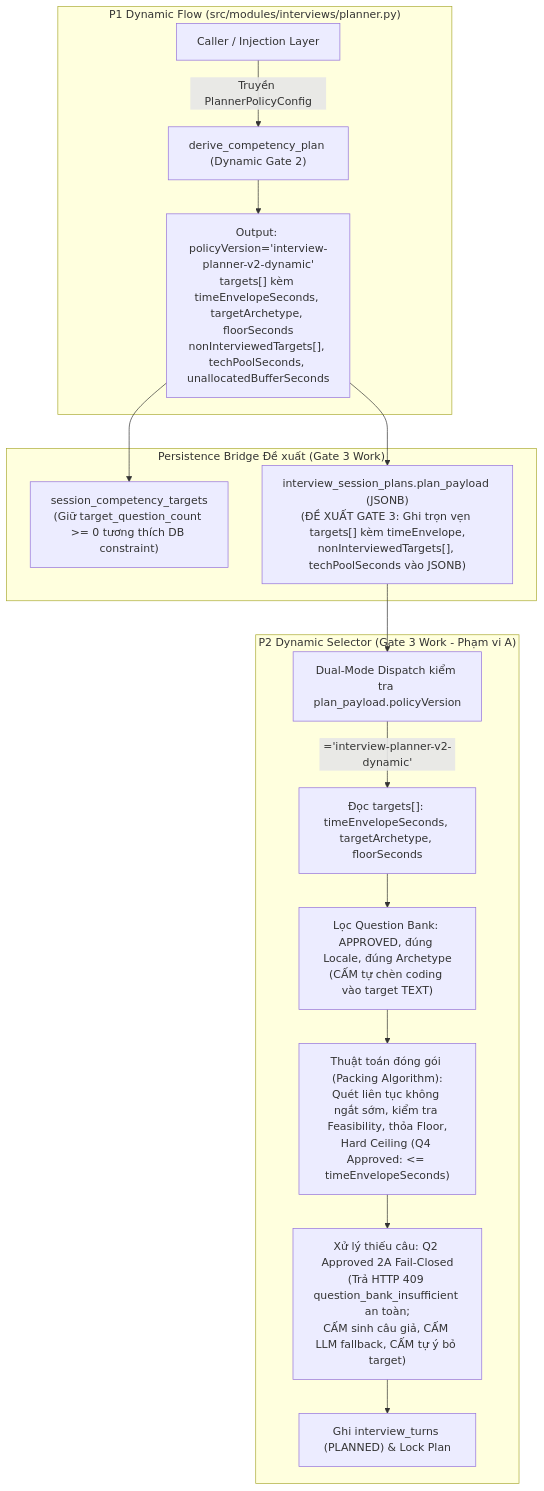
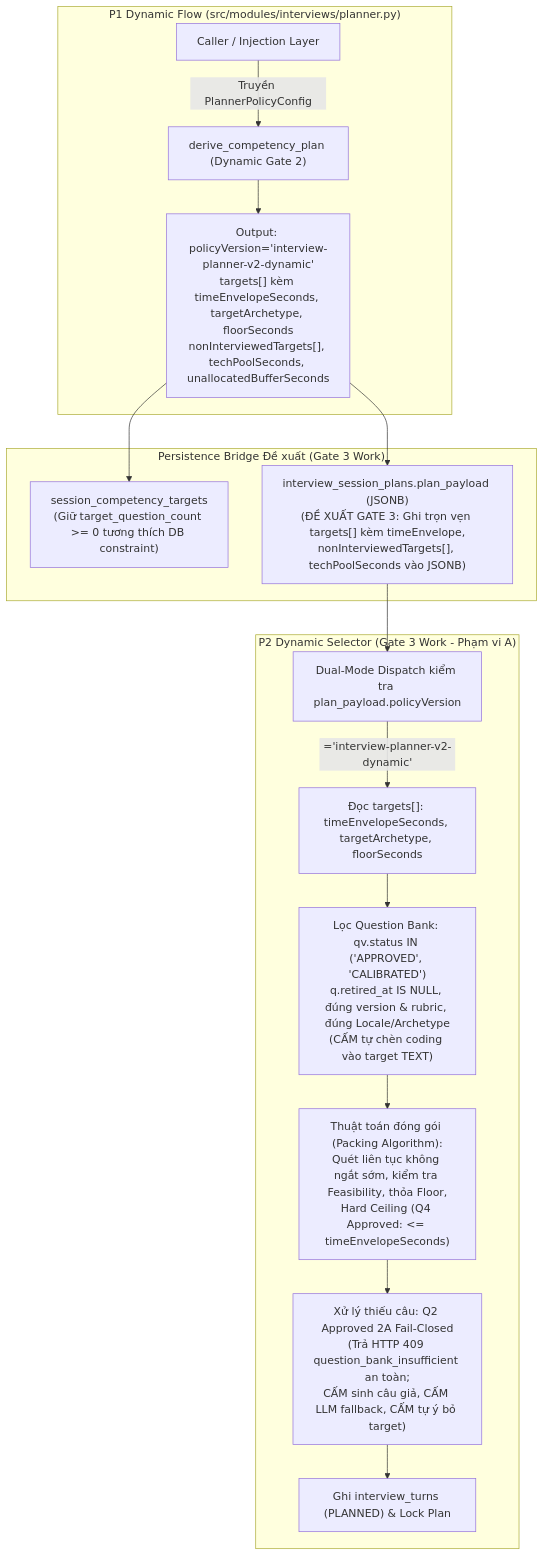
The second of 2 diagrams in docs/INTERVIEW_P1_P2_CONTRACT_AUDIT.md (system-interview-prep/interview-prep-core), drawn with Mermaid before and after one commit. The commit also changed other lines of this file, not shown here.

Commit message:
docs(interview): lam ro dieu kien question bank va trang thai adr trong contract audit

````diff
--- a/docs/INTERVIEW_P1_P2_CONTRACT_AUDIT.md
+++ b/docs/INTERVIEW_P1_P2_CONTRACT_AUDIT.md
@@ -100,21 +100,21 @@
 ```mermaid
 flowchart TD
     subgraph P1_Dynamic["P1 Dynamic Flow (src/modules/interviews/planner.py)"]
         A2["Caller / Injection Layer"] -->|Truyền PlannerPolicyConfig| B2["derive_competency_plan (Dynamic Gate 2)"]
         B2 --> C2["Output: policyVersion='interview-planner-v2-dynamic'\ntargets[] kèm timeEnvelopeSeconds, targetArchetype, floorSeconds\nnonInterviewedTargets[], techPoolSeconds, unallocatedBufferSeconds"]
     end
 
     subgraph DB_Proposed["Persistence Bridge Đề xuất (Gate 3 Work)"]
         C2 --> D2["session_competency_targets\n(Giữ target_question_count >= 0 tương thích DB constraint)"]
         C2 --> E2["interview_session_plans.plan_payload (JSONB)\n(ĐỀ XUẤT GATE 3: Ghi trọn vẹn targets[] kèm timeEnvelope,\nnonInterviewedTargets[], techPoolSeconds vào JSONB)"]
     end
 
     subgraph P2_Proposed["P2 Dynamic Selector (Gate 3 Work - Phạm vi A)"]
         E2 --> F2["Dual-Mode Dispatch kiểm tra plan_payload.policyVersion"]
         F2 -->|='interview-planner-v2-dynamic'| G2["Đọc targets[]: timeEnvelopeSeconds, targetArchetype, floorSeconds"]
-        G2 --> H2["Lọc Question Bank: APPROVED, đúng Locale, đúng Archetype\n(CẤM tự chèn coding vào target TEXT)"]
+        G2 --> H2["Lọc Question Bank: qv.status IN ('APPROVED', 'CALIBRATED')\nq.retired_at IS NULL, đúng version & rubric, đúng Locale/Archetype\n(CẤM tự chèn coding vào target TEXT)"]
         H2 --> I2["Thuật toán đóng gói (Packing Algorithm):\nQuét liên tục không ngắt sớm, kiểm tra Feasibility, thỏa Floor,\nHard Ceiling (Q4 Approved: <= timeEnvelopeSeconds)"]
         I2 --> J2["Xử lý thiếu câu: Q2 Approved 2A Fail-Closed\n(Trả HTTP 409 question_bank_insufficient an toàn;\nCẤM sinh câu giả, CẤM LLM fallback, CẤM tự ý bỏ target)"]
         J2 --> K2["Ghi interview_turns (PLANNED) & Lock Plan"]
     end
 ```
````
